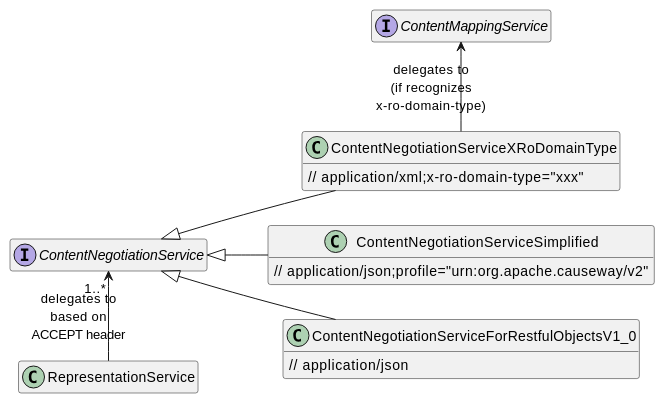
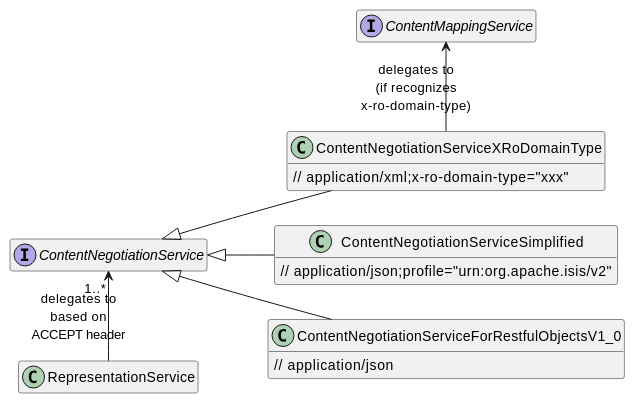
One commit to Supermajestcd/XMP--toolkits changed the diagram in viewers/restfulobjects/adoc/modules/ROOT/pages/content-negotiation.adoc. Above: the diagram before and after it, drawn with PlantUML. The commit also changed other lines of this file and 13599 other files, not shown here.

```diff
--- a/viewers/restfulobjects/adoc/modules/ROOT/pages/content-negotiation.adoc
+++ b/viewers/restfulobjects/adoc/modules/ROOT/pages/content-negotiation.adoc
@@ -67,28 +67,28 @@
 [plantuml]
 ----
 hide empty members
 left to right direction
 'skinparam linetype ortho
 
 class RepresentationService {}
 
 interface ContentNegotiationService {
 }
 class ContentNegotiationServiceSimplified {
-    // application/json;profile="urn:org.apache.causeway/v2"
+    // application/json;profile="urn:org.apache.isis/v2"
 }
 class ContentNegotiationServiceXRoDomainType {
     // application/xml;x-ro-domain-type="xxx"
 }
 class ContentNegotiationServiceForRestfulObjectsV1_0 {
     // application/json
 }
 interface ContentMappingService {}
 
 ContentNegotiationServiceXRoDomainType -l-> ContentMappingService : "delegates to\n(if recognizes\nx-ro-domain-type)"
 ContentNegotiationService ^-d- ContentNegotiationServiceForRestfulObjectsV1_0
 ContentNegotiationService ^-d- ContentNegotiationServiceXRoDomainType
 ContentNegotiationService ^-d- ContentNegotiationServiceSimplified
 
 RepresentationService -l-> "1..*" ContentNegotiationService : delegates to\nbased on\nACCEPT header
 ----
```
